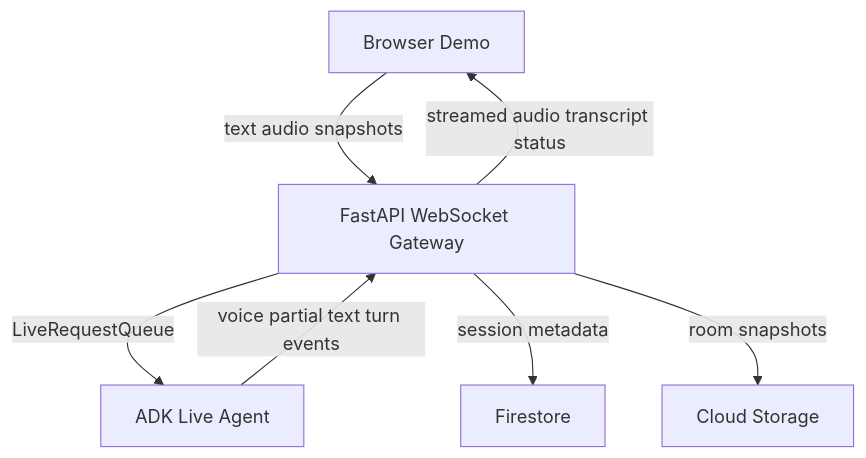
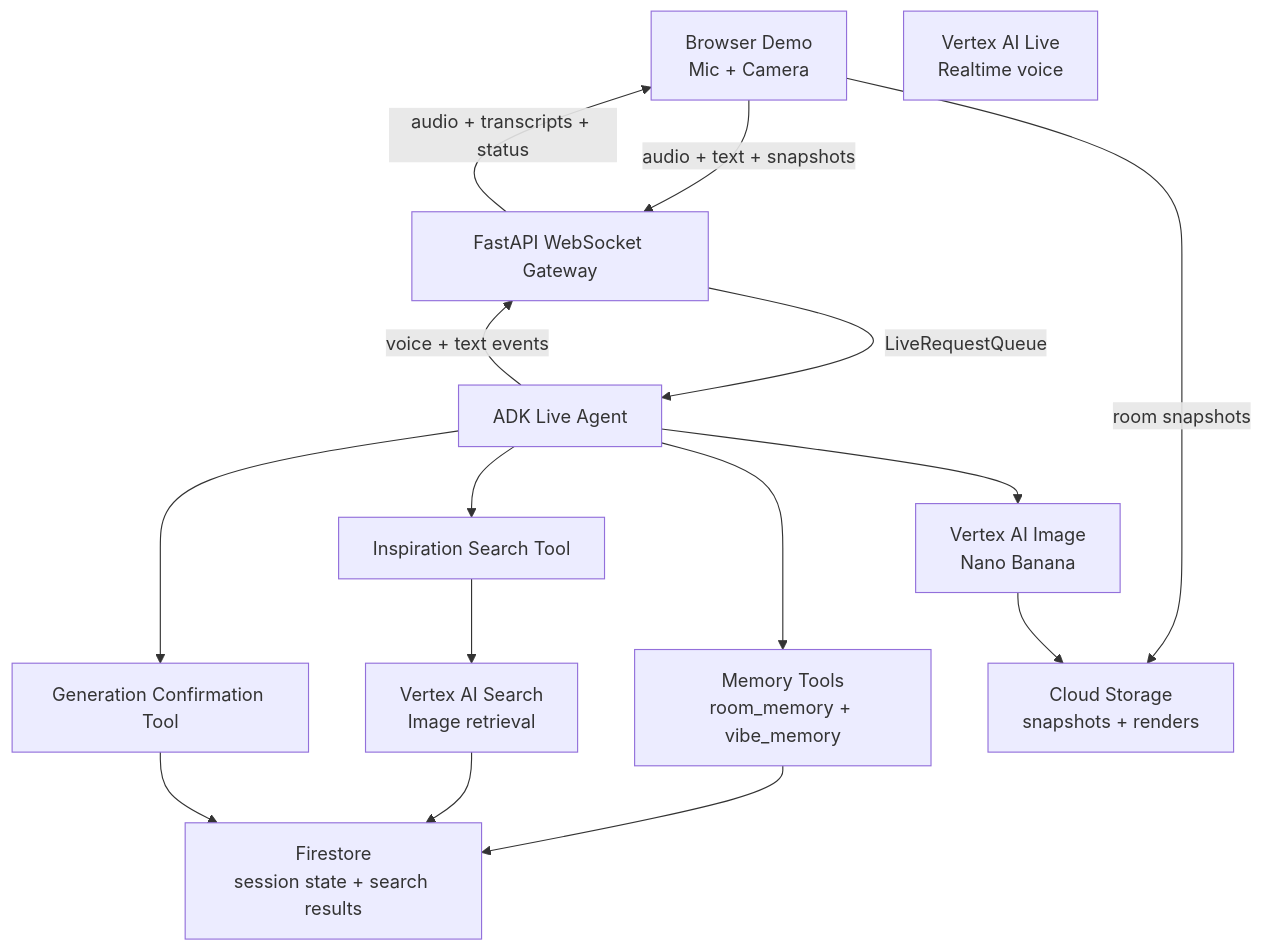
Before and after one commit to chitadi/gemini-live-agent-hack: the diagram in README.md, drawn with Mermaid. The commit also changed other lines of this file, not shown here.

````diff
--- a/README.md
+++ b/README.md
@@ -19,15 +19,26 @@
 ```mermaid
 flowchart TD
-    U[Browser Demo]
+    U[Browser Demo<br/>Mic + Camera]
     W[FastAPI WebSocket Gateway]
     A[ADK Live Agent]
-    F[Firestore]
-    S[Cloud Storage]
+    T1[Memory Tools<br/>room_memory + vibe_memory]
+    T2[Inspiration Search Tool]
+    T3[Generation Confirmation Tool]
+    V1[Vertex AI Live<br/>Realtime voice]
+    V2[Vertex AI Search<br/>Image retrieval]
+    V3[Vertex AI Image<br/>Nano Banana]
+    F[Firestore<br/>session state + search results]
+    S[Cloud Storage<br/>snapshots + renders]
 
-    U -->|text audio snapshots| W
+    U -->|audio + text + snapshots| W
     W -->|LiveRequestQueue| A
-    A -->|voice partial text turn events| W
-    W -->|streamed audio transcript status| U
-    W -->|session metadata| F
-    W -->|room snapshots| S
+    A -->|voice + text events| W
+    W -->|audio + transcripts + status| U
+    A --> T1 --> F
+    A --> T2 --> V2
+    V2 --> F
+    A --> T3 --> F
+    A --> V3
+    U -->|room snapshots| S
+    V3 --> S
 ```
````
